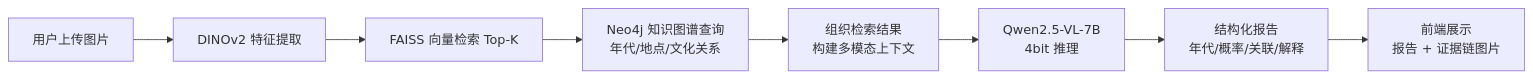
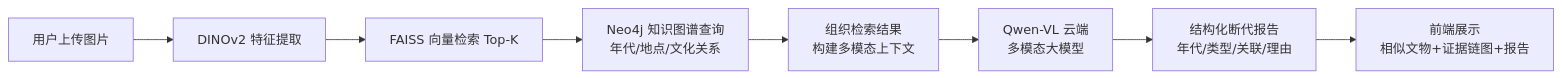
One commit to zyb20110220/artifact-scanning-system changed the diagram in README.md. Above: the diagram before and after it, drawn with Mermaid. The commit also changed other lines of this file and 3 other files, not shown here.

````diff
--- a/README.md
+++ b/README.md
@@ -9,10 +9,10 @@
 ```mermaid
 flowchart LR
     A[用户上传图片] --> B[DINOv2 特征提取]
     B --> C[FAISS 向量检索 Top-K]
     C --> D[Neo4j 知识图谱查询<br/>年代/地点/文化关系]
     D --> E[组织检索结果<br/>构建多模态上下文]
-    E --> F[Qwen2.5-VL-7B<br/>4bit 推理]
-    F --> G[结构化报告<br/>年代/概率/关联/解释]
-    G --> H[前端展示<br/>报告 + 证据链图片]
+    E --> F[Qwen-VL 云端<br/>多模态大模型]
+    F --> G[结构化断代报告<br/>年代/类型/关联/理由]
+    G --> H[前端展示<br/>相似文物+证据链图+报告]
 ```
````
